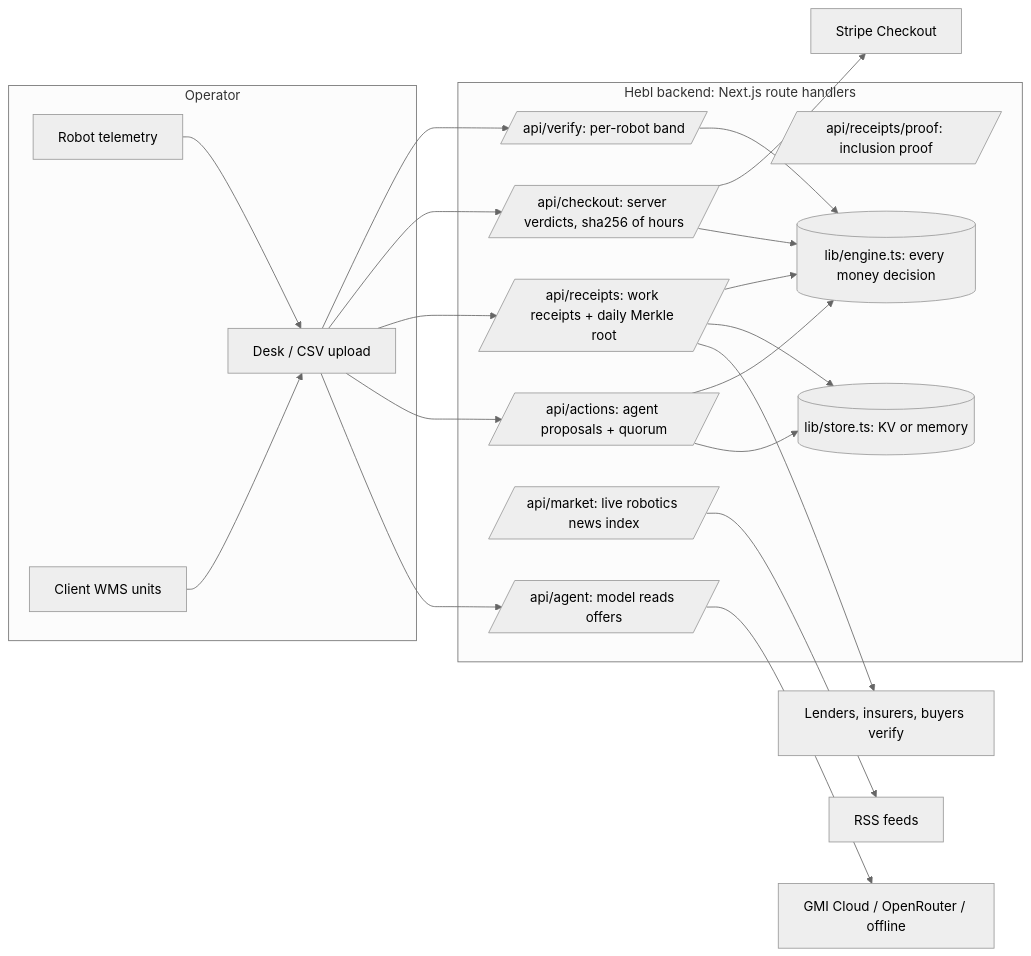
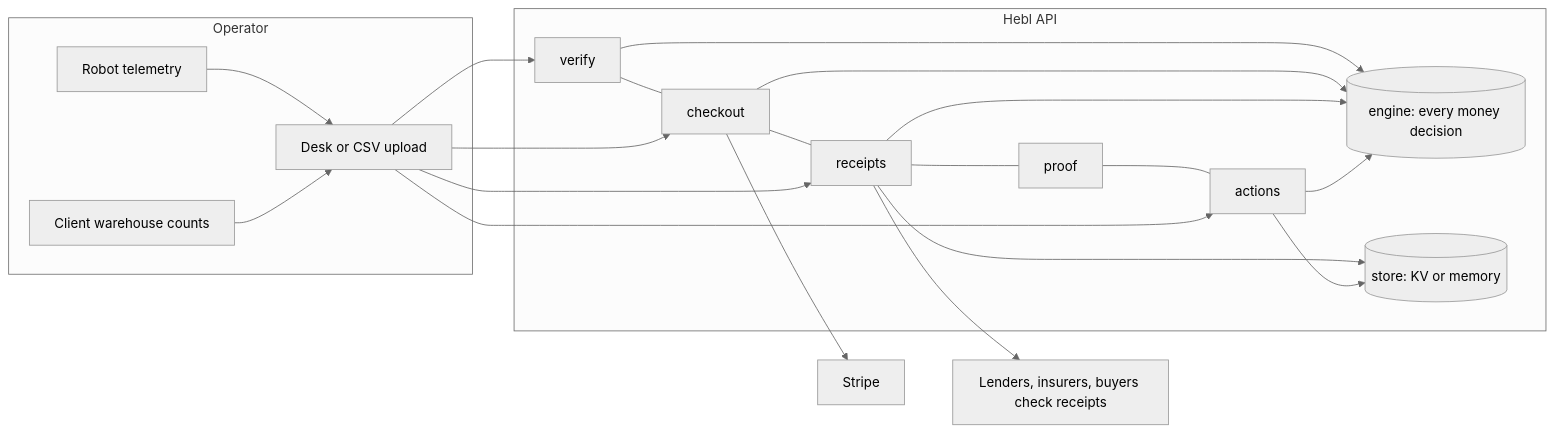
The first of 2 diagrams in README.md (KarinaKKarinaK/c0mpile-YC), drawn with Mermaid (neutral theme) before and after one commit. The commit also changed other lines of this file and 2 other files, not shown here.

Commit message:
README rewrite: vision, case for Hebl, ready to ship, fixed fraud table; calmer brand images

````diff
--- a/README.md
+++ b/README.md
@@ -45,25 +94,17 @@
 ```mermaid
 flowchart LR
   subgraph Operator
-    R[Robot telemetry] --> D[Desk / CSV upload]
-    W[Client WMS units] --> D
+    R[Robot telemetry] --> D[Desk or CSV upload]
+    W[Client warehouse counts] --> D
   end
-  subgraph Hebl backend: Next.js route handlers
-    V[/api/verify: per-robot band/]
-    C[/api/checkout: server verdicts, sha256 of hours/]
-    RC[/api/receipts: work receipts + daily Merkle root/]
-    P[/api/receipts/proof: inclusion proof/]
-    A[/api/actions: agent proposals + quorum/]
-    M[/api/market: live robotics news index/]
-    G[/api/agent: model reads offers/]
-    E[(lib/engine.ts: every money decision)]
-    S[(lib/store.ts: KV or memory)]
+  subgraph Hebl API
+    V[verify] --- C[checkout] --- RC[receipts] --- P[proof] --- A[actions]
+    E[(engine: every money decision)]
+    S[(store: KV or memory)]
   end
-  D --> V & C & RC & A & G
-  C --> ST[Stripe Checkout]
+  D --> V & C & RC & A
+  C --> ST[Stripe]
   V & C & RC & A --> E
   RC & A --> S
-  M --> N[RSS feeds]
-  G --> GMI[GMI Cloud / OpenRouter / offline]
-  RC --> L[Lenders, insurers, buyers verify]
+  RC --> L[Lenders, insurers, buyers check receipts]
 ```
````
